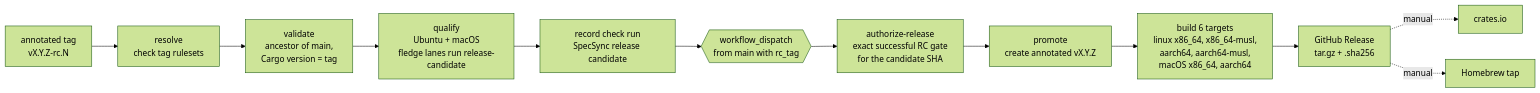
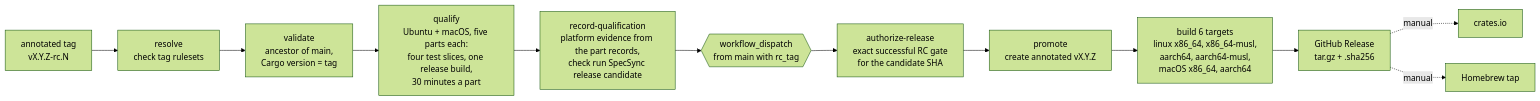
Before and after one commit to CorvidLabs/spec-sync: the tenth of 10 diagrams in docs/HLD.md, drawn with Mermaid (forest theme). The commit also changed 15 other files, not shown here.

````diff
--- a/docs/HLD.md
+++ b/docs/HLD.md
@@ -737,14 +737,14 @@
 ```mermaid
 flowchart LR
     rc[annotated tag<br/>vX.Y.Z-rc.N] --> resolve[resolve<br/>check tag rulesets]
     resolve --> validate[validate<br/>ancestor of main,<br/>Cargo version = tag]
-    validate --> qualify[qualify<br/>Ubuntu + macOS<br/>fledge lanes run release-candidate]
-    qualify --> record[record check run<br/>SpecSync release candidate]
+    validate --> qualify[qualify<br/>Ubuntu + macOS, five parts each:<br/>four test slices, one release build,<br/>30 minutes a part]
+    qualify --> record[record-qualification<br/>platform evidence from the part records,<br/>check run SpecSync release candidate]
     record --> dispatch{{workflow_dispatch<br/>from main with rc_tag}}
     dispatch --> authorize[authorize-release<br/>exact successful RC gate<br/>for the candidate SHA]
     authorize --> promote[promote<br/>create annotated vX.Y.Z]
     promote --> build[build 6 targets<br/>linux x86_64, x86_64-musl,<br/>aarch64, aarch64-musl,<br/>macOS x86_64, aarch64]
     build --> release[GitHub Release<br/>tar.gz + .sha256]
     release -.->|manual| crates[crates.io]
     release -.->|manual| brew[Homebrew tap]
 ```
````
